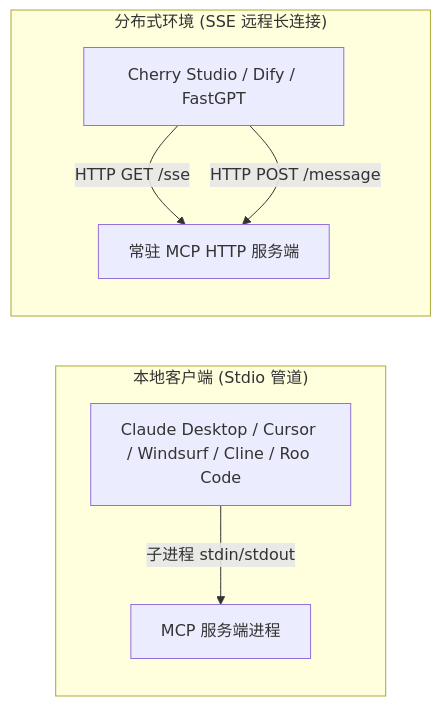
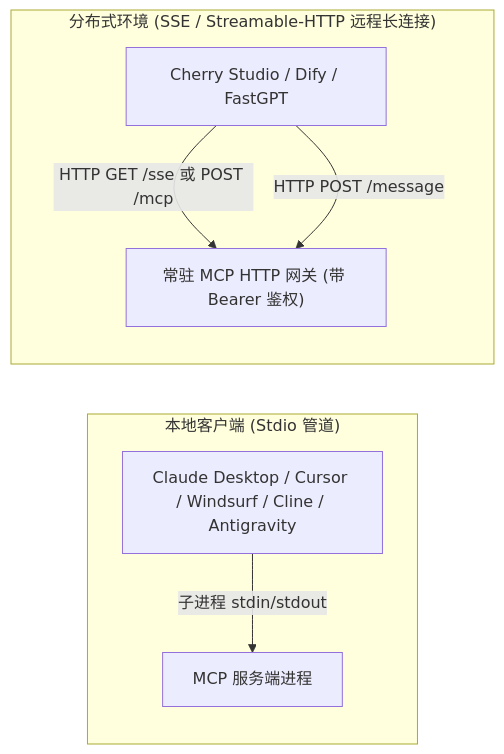
One commit to atengk/Ateng-MCP changed the diagram in docs/guide/client-setup.md. Above: the diagram before and after it, drawn with Mermaid. The commit also changed other lines of this file and 12 other files, not shown here.

````diff
--- a/docs/guide/client-setup.md
+++ b/docs/guide/client-setup.md
@@ -21,11 +22,11 @@
 ```mermaid
 flowchart LR
   subgraph Local_Host["本地客户端 (Stdio 管道)"]
-    IDE["Claude Desktop / Cursor / Windsurf / Cline / Roo Code"] -->|子进程 stdin/stdout| LocalMCP["MCP 服务端进程"]
+    IDE["Claude Desktop / Cursor / Windsurf / Cline / Antigravity"] -->|子进程 stdin/stdout| LocalMCP["MCP 服务端进程"]
   end
 
-  subgraph Cloud_Host["分布式环境 (SSE 远程长连接)"]
-    Agent["Cherry Studio / Dify / FastGPT"] -->|HTTP GET /sse| Gateway["常驻 MCP HTTP 服务端"]
+  subgraph Cloud_Host["分布式环境 (SSE / Streamable-HTTP 远程长连接)"]
+    Agent["Cherry Studio / Dify / FastGPT"] -->|HTTP GET /sse 或 POST /mcp| Gateway["常驻 MCP HTTP 网关 (带 Bearer 鉴权)"]
     Agent -->|HTTP POST /message| Gateway
   end
 ```
````
